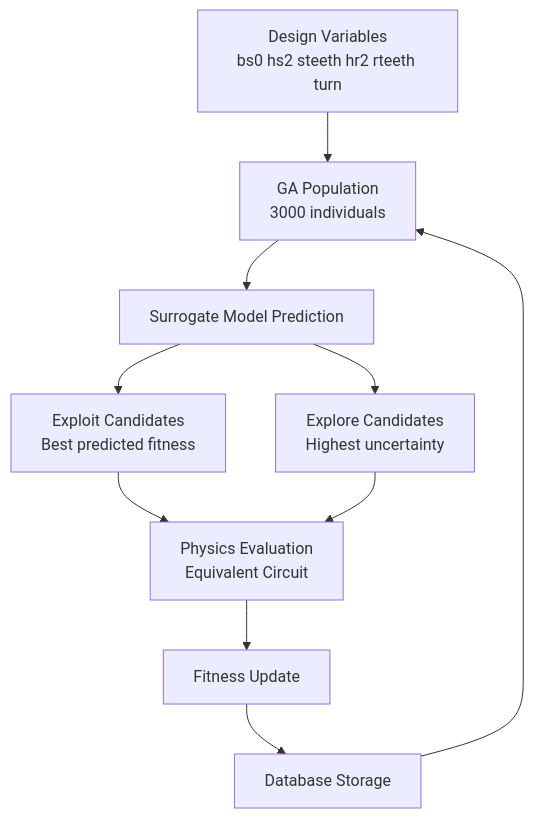
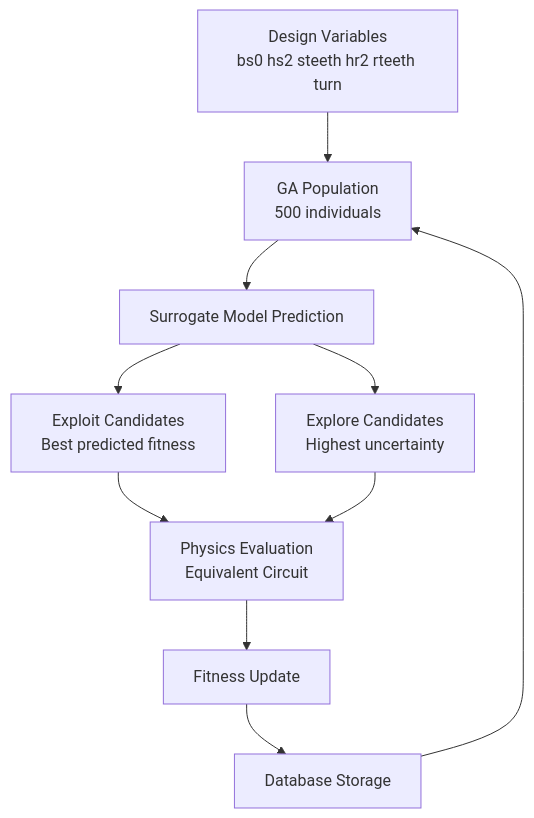
Before and after one commit to Noah-incoding/mlga-motor-optimization: the diagram in README.md, drawn with Mermaid.

````diff
--- a/README.md
+++ b/README.md
@@ -15,23 +15,23 @@
 ```mermaid
 flowchart TD
 
 A[Design Variables<br/>bs0 hs2 steeth hr2 rteeth turn]
 
-A --> B[GA Population<br/>3000 individuals]
+A --> B[GA Population<br/>500 individuals]
 
 B --> C[Surrogate Model Prediction]
 
 C --> D[Exploit Candidates<br/>Best predicted fitness]
 
 C --> E[Explore Candidates<br/>Highest uncertainty]
 
 D --> F[Physics Evaluation<br/>Equivalent Circuit]
 
 E --> F
 
 F --> G[Fitness Update]
 
 G --> H[Database Storage]
 
 H --> B
 ```
````
